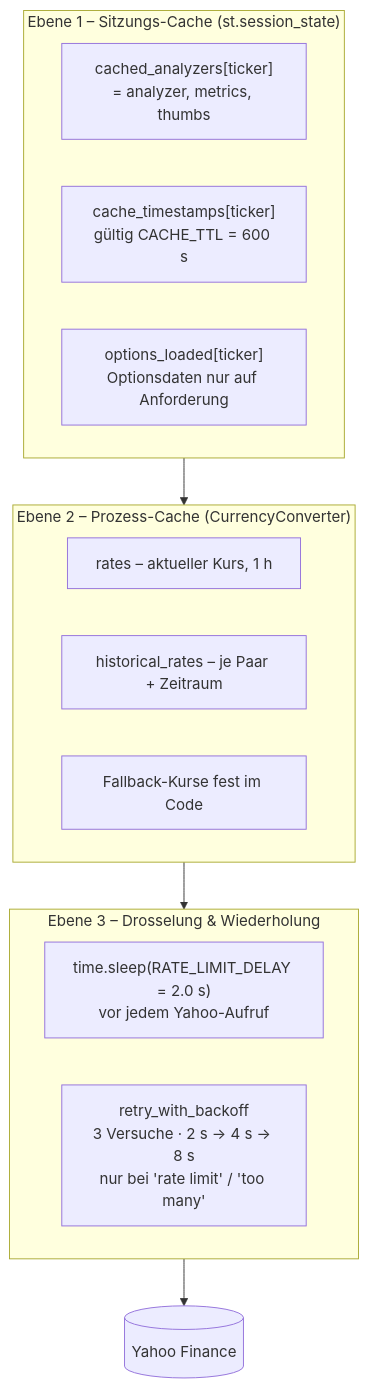
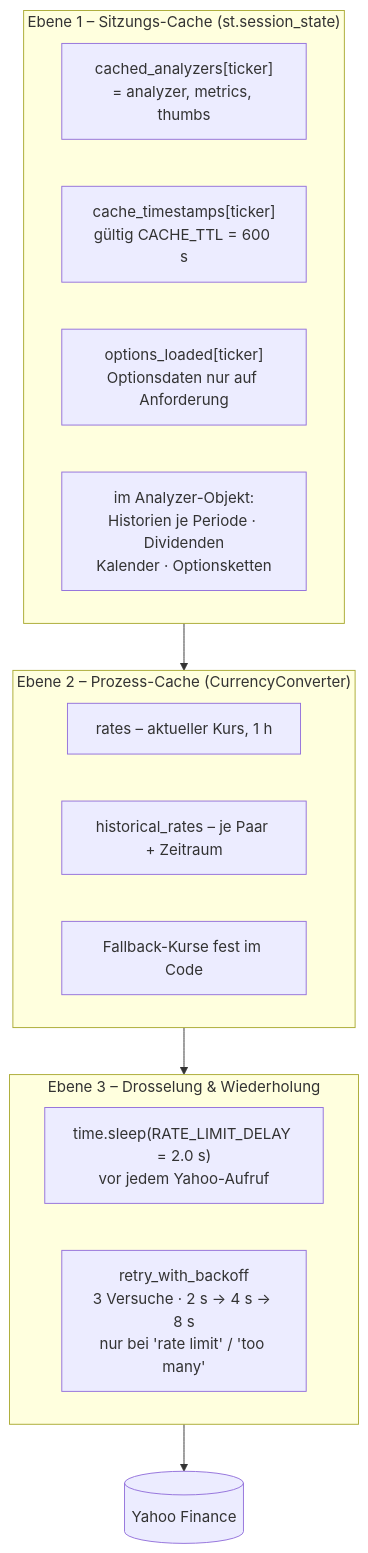
One commit to ernoe99/Aktienanalyse_1 changed the fifth of 5 diagrams in docs/01_Systemarchitektur.md. Above: the diagram before and after it, drawn with Mermaid. The commit also changed other lines of this file and 6 other files, not shown here.

````diff
--- a/docs/01_Systemarchitektur.md
+++ b/docs/01_Systemarchitektur.md
@@ -155,18 +155,19 @@
 ```mermaid
 flowchart TB
     subgraph E1["Ebene 1 – Sitzungs-Cache (st.session_state)"]
         C1["cached_analyzers[ticker]<br/>= analyzer, metrics, thumbs"]
         C2["cache_timestamps[ticker]<br/>gültig CACHE_TTL = 600 s"]
         C3["options_loaded[ticker]<br/>Optionsdaten nur auf Anforderung"]
+        C4["im Analyzer-Objekt:<br/>Historien je Periode · Dividenden<br/>Kalender · Optionsketten"]
     end
     subgraph E2["Ebene 2 – Prozess-Cache (CurrencyConverter)"]
         F1["rates – aktueller Kurs, 1 h"]
         F2["historical_rates – je Paar + Zeitraum"]
         F3["Fallback-Kurse fest im Code"]
     end
     subgraph E3["Ebene 3 – Drosselung & Wiederholung"]
         R1["time.sleep(RATE_LIMIT_DELAY = 2.0 s)<br/>vor jedem Yahoo-Aufruf"]
         R2["retry_with_backoff<br/>3 Versuche · 2 s → 4 s → 8 s<br/>nur bei 'rate limit' / 'too many'"]
     end
     E1 --> E2 --> E3 --> Y[("Yahoo Finance")]
 ```
````
